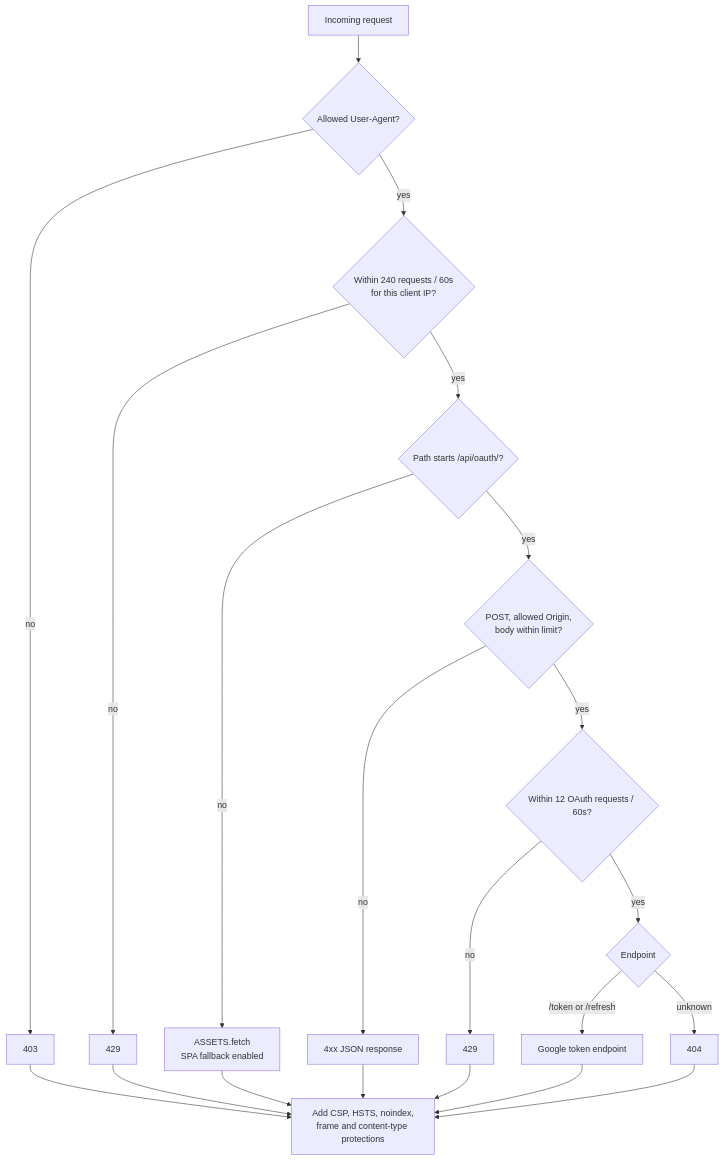
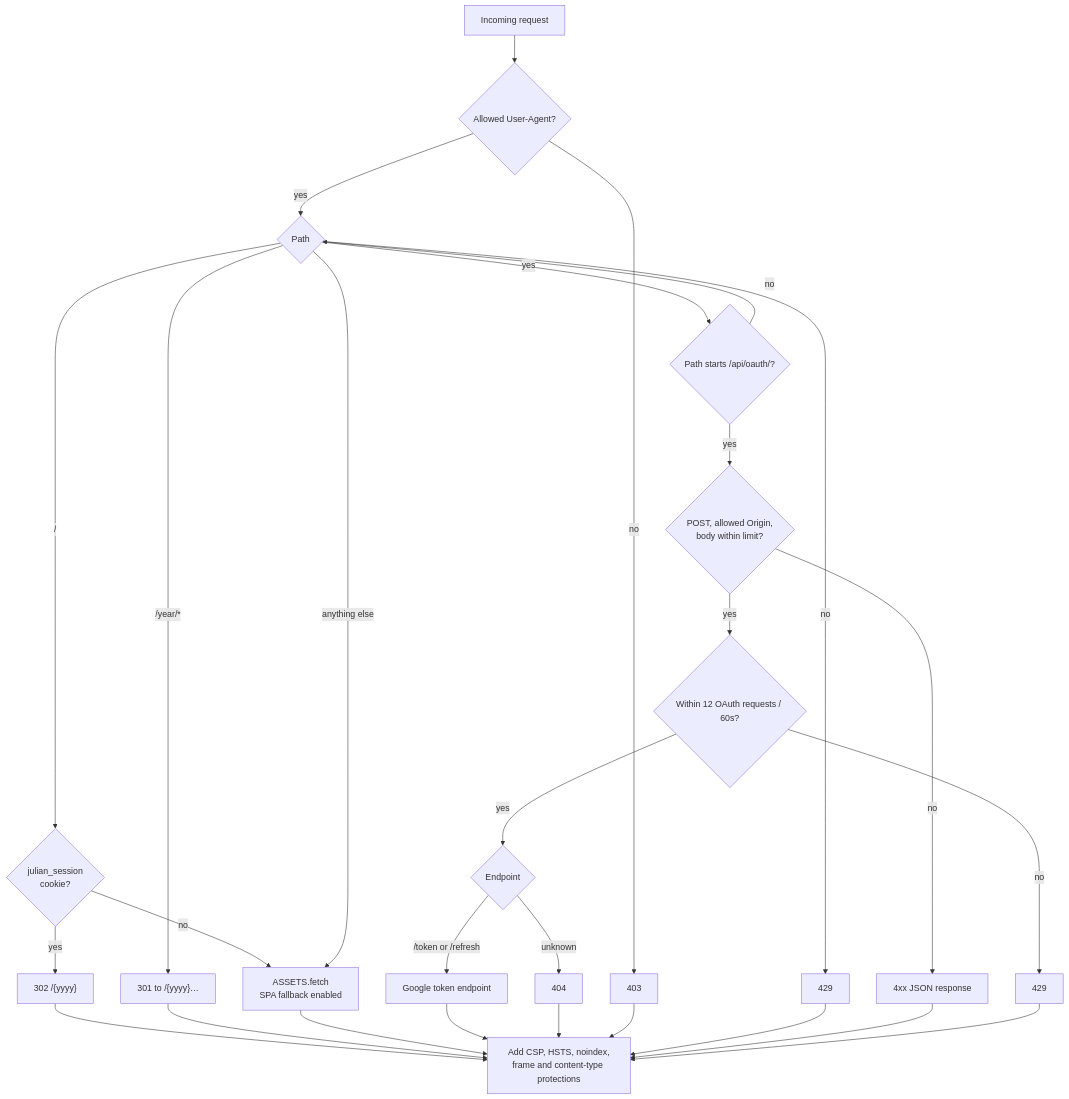
Before and after one commit to krmznkr/julian: the second of 6 diagrams in docs/architecture.md, drawn with Mermaid. The commit also changed other lines of this file and 81 other files, not shown here.

Commit message:
feat: year URLs, marketing site, search, drag-to-move, print, mobile (#43)

````diff
--- a/docs/architecture.md
+++ b/docs/architecture.md
@@ -50,31 +50,38 @@
 ```mermaid
 flowchart TD
   request["Incoming request"]
   bot{"Allowed User-Agent?"}
   site{"Within 240 requests / 60s<br/>for this client IP?"}
   oauth{"Path starts /api/oauth/?"}
   origin{"POST, allowed Origin,<br/>body within limit?"}
   oauthRate{"Within 12 OAuth requests / 60s?"}
   endpoint{"Endpoint"}
   google["Google token endpoint"]
+  site{"Path"}
   asset["ASSETS.fetch<br/>SPA fallback enabled"]
+  root{"julian_session<br/>cookie?"}
   headers["Add CSP, HSTS, noindex,<br/>frame and content-type protections"]
 
   request --> bot
   bot -->|"no"| deny["403"]
   bot -->|"yes"| site
   site -->|"no"| limited["429"]
   site -->|"yes"| oauth
-  oauth -->|"no"| asset --> headers
+  oauth -->|"no"| site
+  site -->|"/"| root
+  root -->|"yes"| year["302 /{yyyy}"] --> headers
+  root -->|"no"| asset
+  site -->|"/year/*"| legacy["301 to /{yyyy}…"] --> headers
+  site -->|"anything else"| asset --> headers
   oauth -->|"yes"| origin
   origin -->|"no"| reject["4xx JSON response"]
   origin -->|"yes"| oauthRate
   oauthRate -->|"no"| oauthLimited["429"]
   oauthRate -->|"yes"| endpoint
   endpoint -->|"/token or /refresh"| google --> headers
   endpoint -->|"unknown"| missing["404"] --> headers
   deny --> headers
   limited --> headers
   reject --> headers
   oauthLimited --> headers
 ```
````
